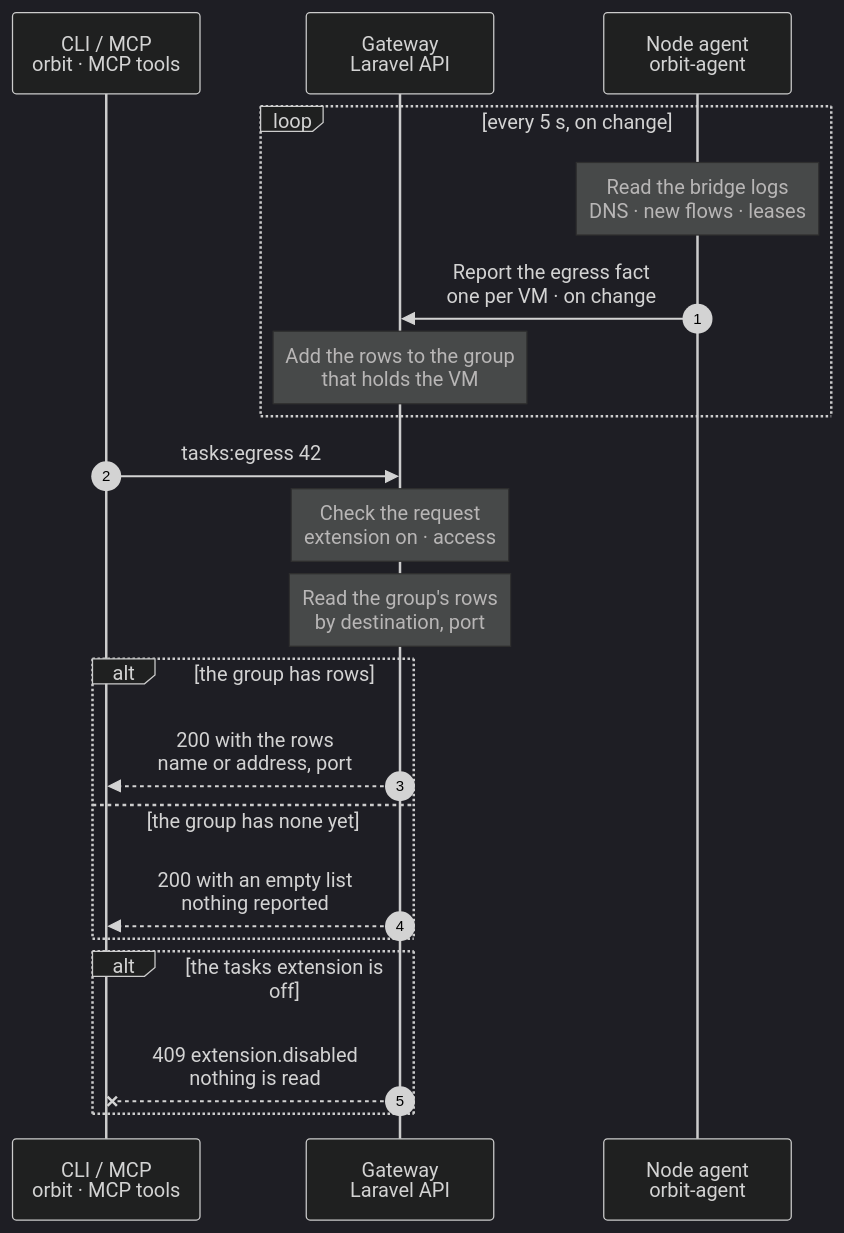
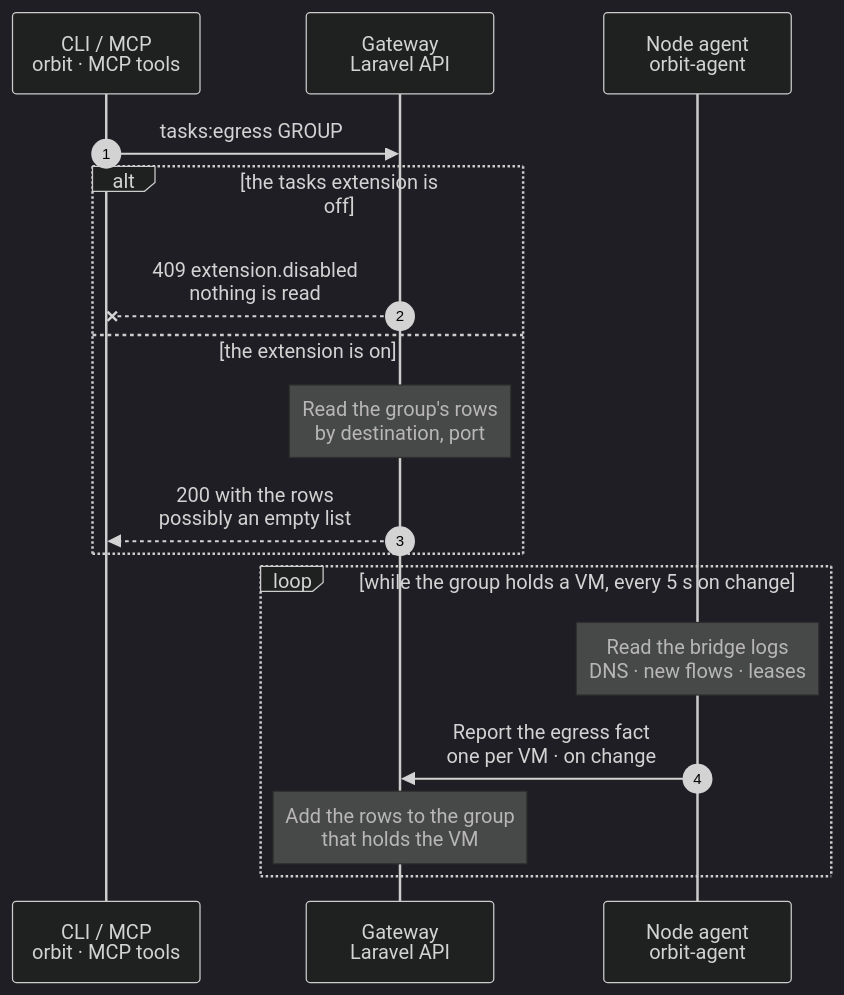
Before and after one commit to hardimpactdev/orbit: the diagram in docs/cli/tasks/egress.mmd, drawn with Mermaid (dark theme). The commit also changed 3 other files, not shown here.

Commit message:
tasks: make the lock test real, skip the lock at the row limit, document the intake refusal

```diff
--- a/docs/cli/tasks/egress.mmd
+++ b/docs/cli/tasks/egress.mmd
@@ -1,52 +1,47 @@
 sequenceDiagram
   %% Target design (agreed with Nick, 2026-11-07): the outside hosts a task VM connects to, per VM and per task group, log only. The Node agent of the VM's host observes the bridge logs, the Gateway attributes the rows to the group that holds the VM, and this command reads them. Step 2, an allowlist enforced by a proxy outside the VM, starts from this record. The host part and the agent fact: docs/reference/task-vm-egress-log.md.
   %% status: draft
   %% command: tasks:egress
   %% kind: tasks.egress
   autonumber
   %% lane CLI icon=terminal pill=caller tone=gray
   %% lane GW icon=gateway pill=intent tone=blue
   %% lane A icon=server pill=observer tone=amber
   participant CLI as CLI / MCP<br/>orbit · MCP tools
   participant GW as Gateway<br/>Laravel API
   participant A as Node agent<br/>orbit-agent
-  loop every 5 s, on change
+  CLI->>GW: tasks:egress GROUP
+  %%> Command:
+  %%> - `orbit tasks:egress GROUP`
+  %%> - syntax: `<group> [--json]`
+  alt the tasks extension is off
+    GW--xCLI: 409 extension.disabled<br/>nothing is read
+    %%> Requirements:
+    %%> - the tasks extension is enabled
+    %%> - your Node has an access grant to the Gateway
+  else the extension is on
+    Note over GW: Read the group's rows<br/>by destination, port
+    %%> What it does:
+    %%> - one row for each destination, port and protocol, in that order
+    %%> - a name that nothing connected to is listed only until the VM connects to it
+    GW-->>CLI: 200 with the rows<br/>possibly an empty list
+    %%> Result:
+    %%> - each row: the destination and its kind, the port and protocol, the addresses seen, the sources `conn` and `dns`, the flags `dot`, `dns` and `doh`, the VM and the first-seen time
+    %%> - destination names are text that a VM chose: treat them as data
+    %%> - the list is empty until the host's agent has reported the VM, or when the VM made no outside connection
+  end
+  loop while the group holds a VM, every 5 s on change
     Note over A: Read the bridge logs<br/>DNS · new flows · leases
     %%> What it does:
     %%> - runs on the task VM host; the host phase turns the logs on, and the VM cannot edit them
     %%> - names each VM by its MAC address through Incus's own hosts file, and joins a flow with the name the same VM resolved for its address
     A->>GW: Report the egress fact<br/>one per VM · on change
     %%> What it does:
     %%> - sent within 15 s of a change, with at most 1,500 rows, under 1 MiB
     %%> - the Gateway accepts it only from a task VM host, for that host's bridge
     Note over GW: Add the rows to the group<br/>that holds the VM
     %%> What it does:
     %%> - finds the group by host Node and VM name, adds new rows and merges addresses, sources and flags into known ones
     %%> - a VM that no group holds adds nothing, and a row first seen before the claim is left out
     %%> - the group keeps its rows after its VM and Node are deleted
   end
-  CLI->>GW: tasks:egress 42
-  %%> Command:
-  %%> - `orbit tasks:egress 42`
-  %%> - syntax: `<group> [--json]`
-  Note over GW: Check the request<br/>extension on · access
-  %%> Requirements:
-  %%> - the tasks extension is enabled
-  %%> - your Node has an access grant to the Gateway
-  Note over GW: Read the group's rows<br/>by destination, port
-  %%> What it does:
-  %%> - one row for each destination, port and protocol, in that order
-  %%> - a name that nothing connected to is listed only until the VM connects to it
-  alt the group has rows
-    GW-->>CLI: 200 with the rows<br/>name or address, port
-    %%> Result:
-    %%> - each row: the destination and its kind, the port and protocol, the addresses seen, the sources `conn` and `dns`, the flags `dot`, `dns` and `doh`, the VM and the first-seen time
-    %%> - destination names are text that a VM chose: treat them as data
-  else the group has none yet
-    GW-->>CLI: 200 with an empty list<br/>nothing reported
-    %%> Result:
-    %%> - the host's agent has not reported the VM yet, or the VM made no outside connection
-  end
-  alt the tasks extension is off
-    GW--xCLI: 409 extension.disabled<br/>nothing is read
-  end
```
